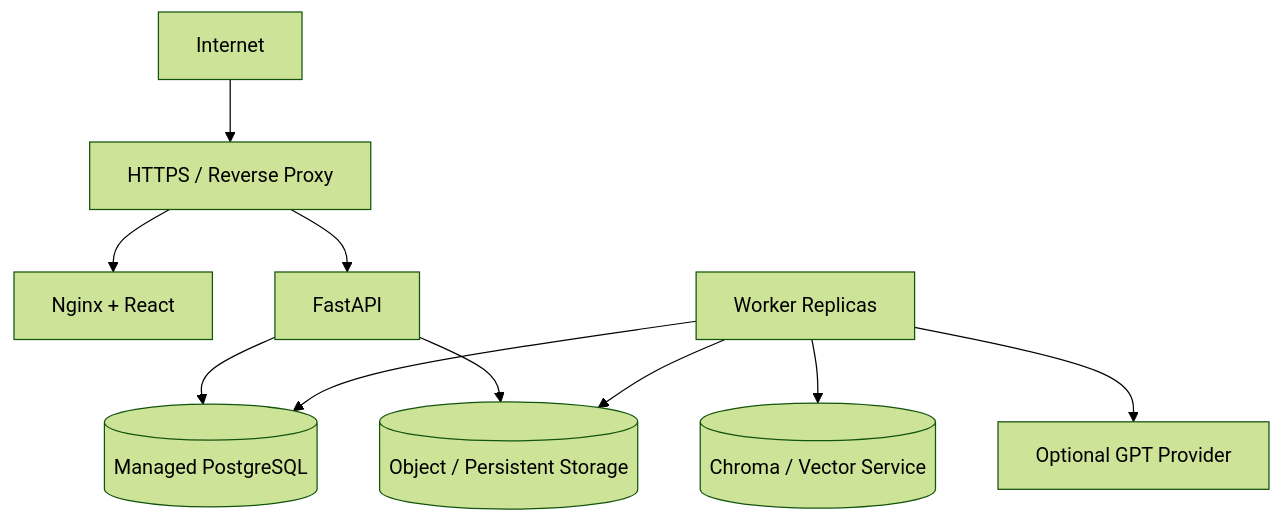
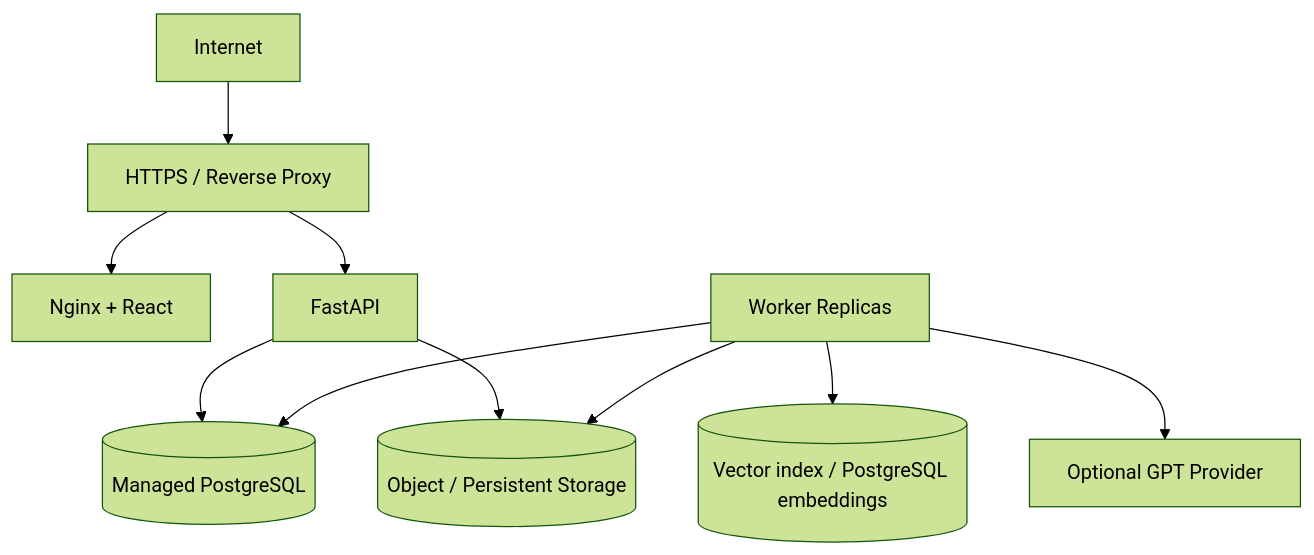
One commit to santhosh12133/medical-claim-ai changed the seventh of 8 diagrams in docs/diagrams.md. Above: the diagram before and after it, drawn with Mermaid (forest theme). The commit also changed other lines of this file and 20 other files, not shown here.

First line of the commit message:
Fix vector index missing cross-process status changes; fix llm-live job checkout order

````diff
--- a/docs/diagrams.md
+++ b/docs/diagrams.md
@@ -165,12 +165,12 @@
 ```mermaid
 flowchart TB
     Internet --> HTTPS[HTTPS / Reverse Proxy]
     HTTPS --> Frontend[Nginx + React]
     HTTPS --> API[FastAPI]
     API --> DB[(Managed PostgreSQL)]
     API --> Storage[(Object / Persistent Storage)]
     Worker[Worker Replicas] --> DB
     Worker --> Storage
-    Worker --> Chroma[(Chroma / Vector Service)]
+    Worker --> Chroma[(Vector index / PostgreSQL embeddings)]
     Worker --> GPT[Optional GPT Provider]
 ```
````
